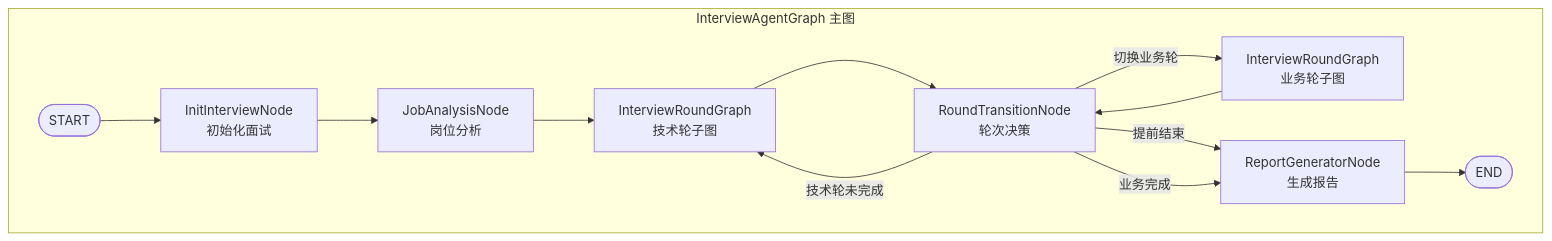
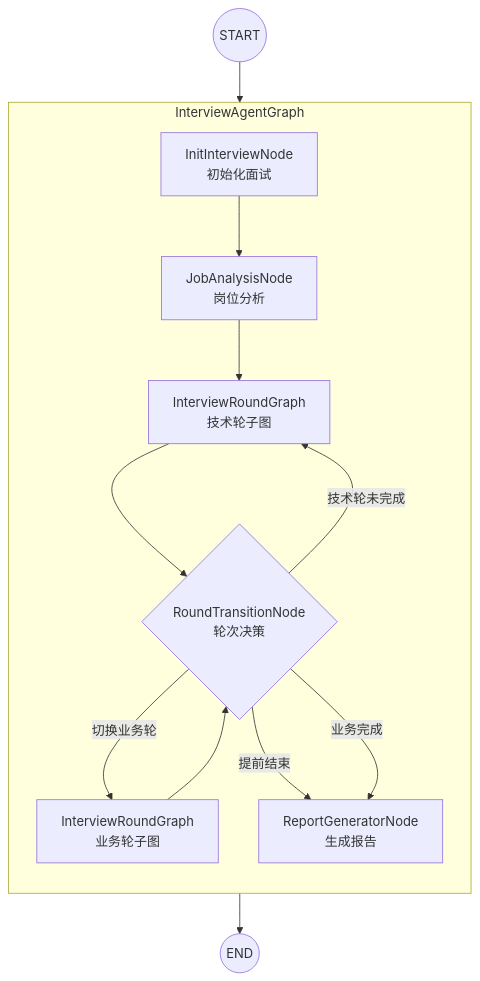
One commit to zunff/interview-agent changed the first of 2 diagrams in README.md. Above: the diagram before and after it, drawn with Mermaid. The commit also changed other lines of this file, not shown here.

First line of the commit message:
docs: 更新 README，架构图改为纵向布局并移除具体模型名

````diff
--- a/README.md
+++ b/README.md
@@ -34,15 +34,22 @@
 ```mermaid
-graph TB
-    subgraph MainGraph["InterviewAgentGraph 主图"]
-        START([START]) --> INIT[InitInterviewNode<br/>初始化面试]
-        INIT --> JOB[JobAnalysisNode<br/>岗位分析]
+graph TD
+    START((START))
+
+    subgraph 主图["InterviewAgentGraph"]
+        direction TD
+        INIT[InitInterviewNode<br/>初始化面试] --> JOB[JobAnalysisNode<br/>岗位分析]
         JOB --> TECH[InterviewRoundGraph<br/>技术轮子图]
-        TECH --> ROUTER[RoundTransitionNode<br/>轮次决策]
+
+        TECH --> ROUTER{RoundTransitionNode<br/>轮次决策}
+
         ROUTER -->|技术轮未完成| TECH
         ROUTER -->|切换业务轮| BIZ[InterviewRoundGraph<br/>业务轮子图]
-        ROUTER -->|提前结束| REPORT[ReportGeneratorNode<br/>生成报告]
+        ROUTER -->|提前结束| REPORT
+
         BIZ --> ROUTER
-        ROUTER -->|业务完成| REPORT
-        REPORT --> END([END])
+        ROUTER -->|业务完成| REPORT[ReportGeneratorNode<br/>生成报告]
     end
+
+    START --> INIT
+    REPORT --> END((END))
 ```
````
